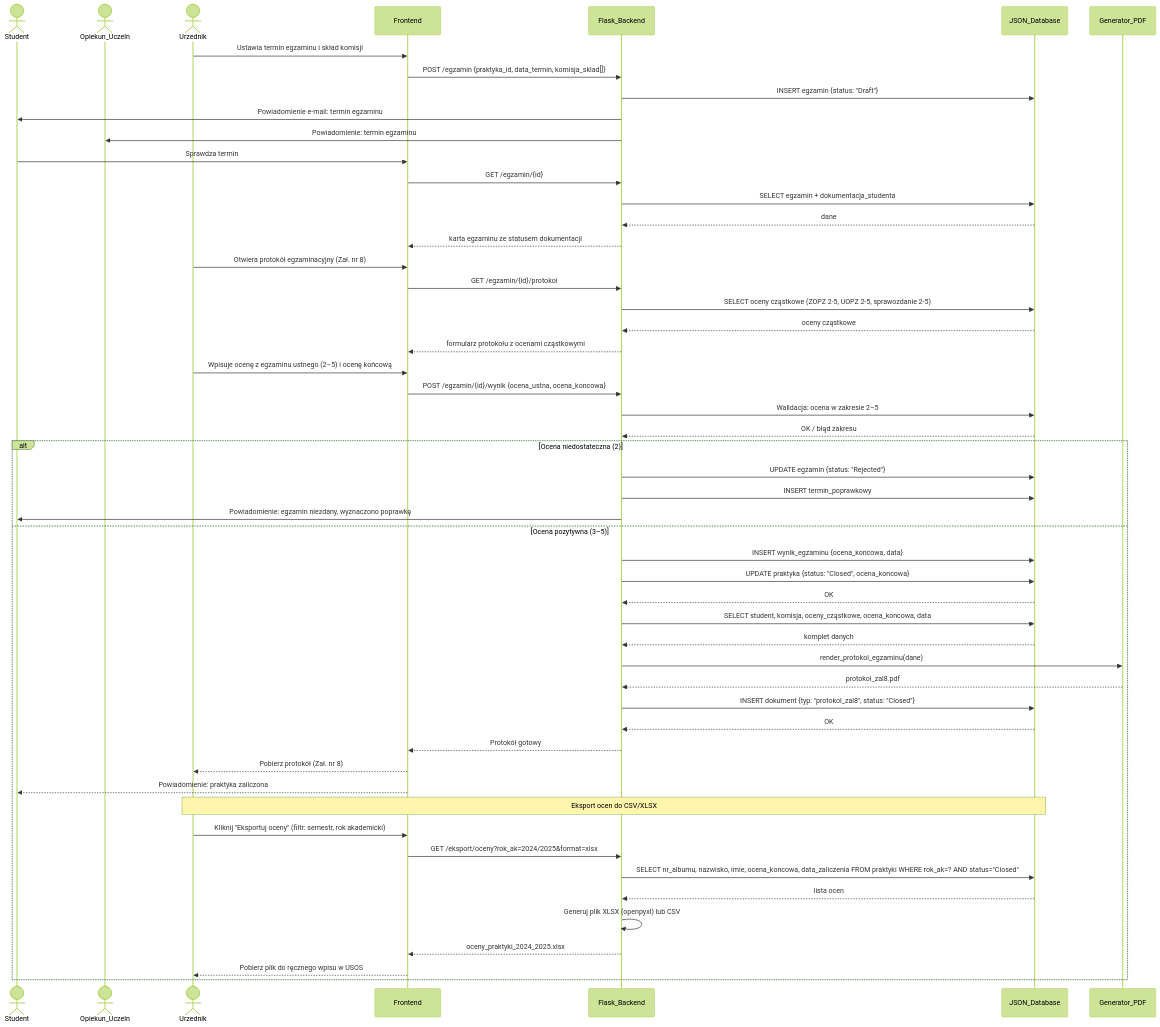
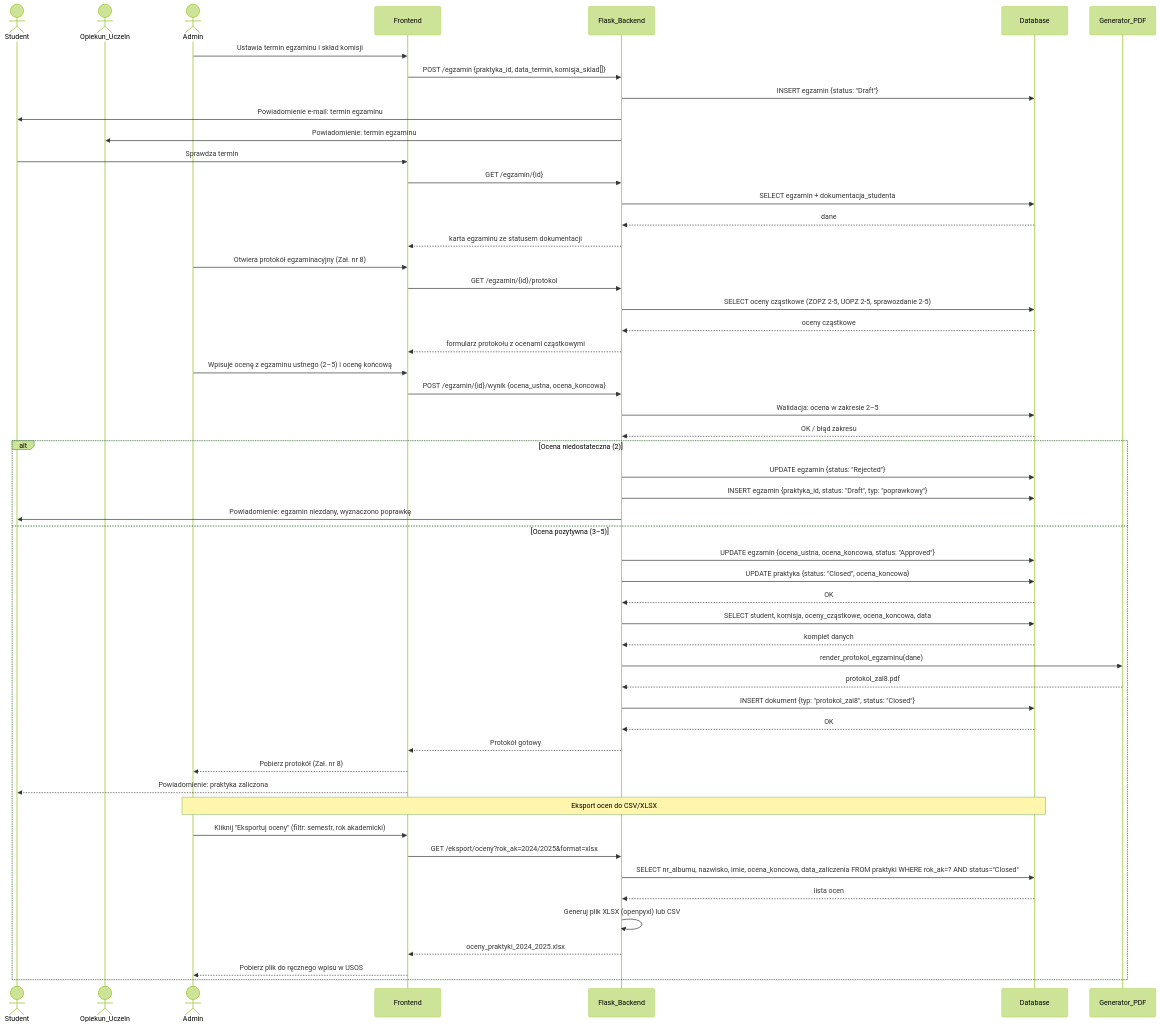
The diagram in docs/diagrams/sequence/08_egzamin.md (GacusPL/System-Obslugi-Praktyk-Zawodowych), drawn with Mermaid (forest theme) before and after one commit. The commit also changed 16 other files, not shown here.

````diff
--- a/docs/diagrams/sequence/08_egzamin.md
+++ b/docs/diagrams/sequence/08_egzamin.md
@@ -4,62 +4,62 @@
 ```mermaid
 sequenceDiagram
     actor S as Student
     actor UOPZ as Opiekun_Uczeln
-    actor Urz as Urzednik
+    actor Adm as Admin
     participant FE as Frontend
     participant FB as Flask_Backend
-    participant J as JSON_Database
+    participant DB as Database
     participant PDF as Generator_PDF
 
-    Urz->>FE: Ustawia termin egzaminu i skład komisji
+    Adm->>FE: Ustawia termin egzaminu i skład komisji
     FE->>FB: POST /egzamin {praktyka_id, data_termin, komisja_sklad[]}
-    FB->>J: INSERT egzamin {status: "Draft"}
+    FB->>DB: INSERT egzamin {status: "Draft"}
     FB->>S: Powiadomienie e-mail: termin egzaminu
     FB->>UOPZ: Powiadomienie: termin egzaminu
 
     S->>FE: Sprawdza termin
     FE->>FB: GET /egzamin/{id}
-    FB->>J: SELECT egzamin + dokumentacja_studenta
-    J-->>FB: dane
+    FB->>DB: SELECT egzamin + dokumentacja_studenta
+    DB-->>FB: dane
     FB-->>FE: karta egzaminu ze statusem dokumentacji
 
-    Urz->>FE: Otwiera protokół egzaminacyjny (Zał. nr 8)
+    Adm->>FE: Otwiera protokół egzaminacyjny (Zał. nr 8)
     FE->>FB: GET /egzamin/{id}/protokol
-    FB->>J: SELECT oceny cząstkowe (ZOPZ 2-5, UOPZ 2-5, sprawozdanie 2-5)
-    J-->>FB: oceny cząstkowe
+    FB->>DB: SELECT oceny cząstkowe (ZOPZ 2-5, UOPZ 2-5, sprawozdanie 2-5)
+    DB-->>FB: oceny cząstkowe
     FB-->>FE: formularz protokołu z ocenami cząstkowymi
 
-    Urz->>FE: Wpisuje ocenę z egzaminu ustnego (2–5) i ocenę końcową
+    Adm->>FE: Wpisuje ocenę z egzaminu ustnego (2–5) i ocenę końcową
     FE->>FB: POST /egzamin/{id}/wynik {ocena_ustna, ocena_koncowa}
-    FB->>J: Walidacja: ocena w zakresie 2–5
-    J-->>FB: OK / błąd zakresu
+    FB->>DB: Walidacja: ocena w zakresie 2–5
+    DB-->>FB: OK / błąd zakresu
 
     alt Ocena niedostateczna (2)
-        FB->>J: UPDATE egzamin {status: "Rejected"}
-        FB->>J: INSERT termin_poprawkowy
+        FB->>DB: UPDATE egzamin {status: "Rejected"}
+        FB->>DB: INSERT egzamin {praktyka_id, status: "Draft", typ: "poprawkowy"}
         FB->>S: Powiadomienie: egzamin niezdany, wyznaczono poprawkę
     else Ocena pozytywna (3–5)
-        FB->>J: INSERT wynik_egzaminu {ocena_koncowa, data}
-        FB->>J: UPDATE praktyka {status: "Closed", ocena_koncowa}
-        J-->>FB: OK
+        FB->>DB: UPDATE egzamin {ocena_ustna, ocena_koncowa, status: "Approved"}
+        FB->>DB: UPDATE praktyka {status: "Closed", ocena_koncowa}
+        DB-->>FB: OK
 
-        FB->>J: SELECT student, komisja, oceny_cząstkowe, ocena_koncowa, data
-        J-->>FB: komplet danych
+        FB->>DB: SELECT student, komisja, oceny_cząstkowe, ocena_koncowa, data
+        DB-->>FB: komplet danych
         FB->>PDF: render_protokol_egzaminu(dane)
         PDF-->>FB: protokol_zal8.pdf
-        FB->>J: INSERT dokument {typ: "protokol_zal8", status: "Closed"}
-        J-->>FB: OK
+        FB->>DB: INSERT dokument {typ: "protokol_zal8", status: "Closed"}
+        DB-->>FB: OK
         FB-->>FE: Protokół gotowy
-        FE-->>Urz: Pobierz protokół (Zał. nr 8)
+        FE-->>Adm: Pobierz protokół (Zał. nr 8)
         FE-->>S: Powiadomienie: praktyka zaliczona
 
-        Note over Urz,J: Eksport ocen do CSV/XLSX
-        Urz->>FE: Kliknij "Eksportuj oceny" (filtr: semestr, rok akademicki)
+        Note over Adm,DB: Eksport ocen do CSV/XLSX
+        Adm->>FE: Kliknij "Eksportuj oceny" (filtr: semestr, rok akademicki)
         FE->>FB: GET /eksport/oceny?rok_ak=2024/2025&format=xlsx
-        FB->>J: SELECT nr_albumu, nazwisko, imie, ocena_koncowa, data_zaliczenia FROM praktyki WHERE rok_ak=? AND status="Closed"
-        J-->>FB: lista ocen
+        FB->>DB: SELECT nr_albumu, nazwisko, imie, ocena_koncowa, data_zaliczenia FROM praktyki WHERE rok_ak=? AND status="Closed"
+        DB-->>FB: lista ocen
         FB->>FB: Generuj plik XLSX (openpyxl) lub CSV
         FB-->>FE: oceny_praktyki_2024_2025.xlsx
-        FE-->>Urz: Pobierz plik do ręcznego wpisu w USOS
+        FE-->>Adm: Pobierz plik do ręcznego wpisu w USOS
     end
 ```
````
